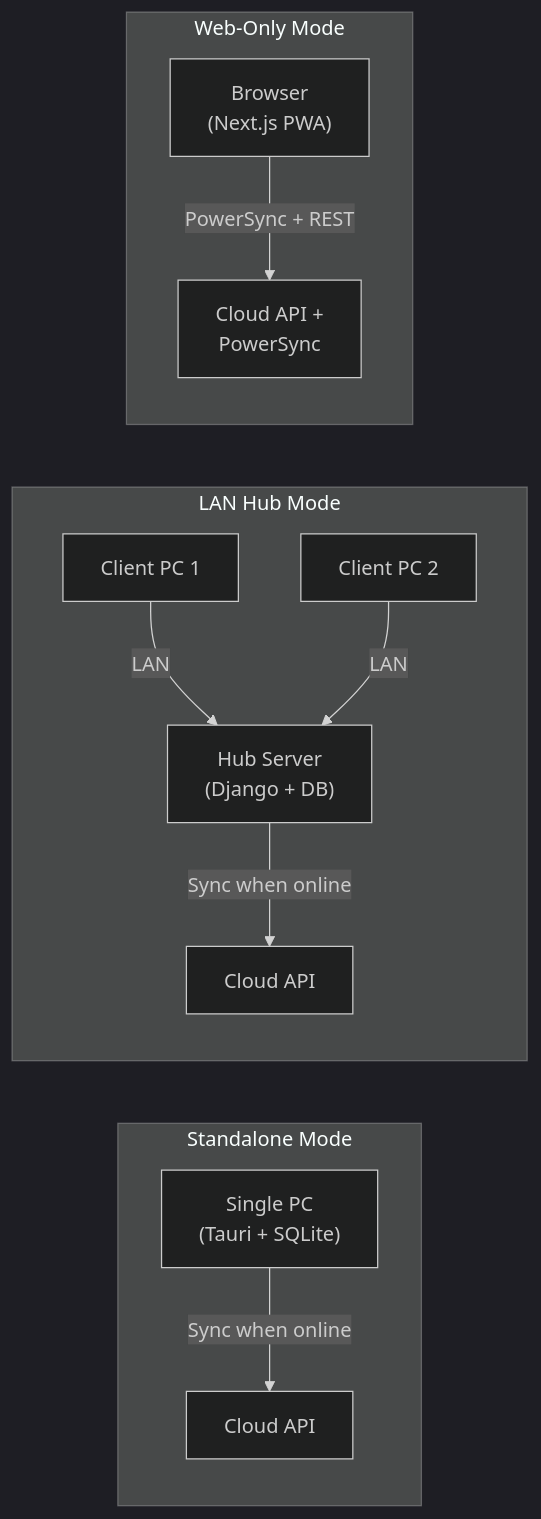
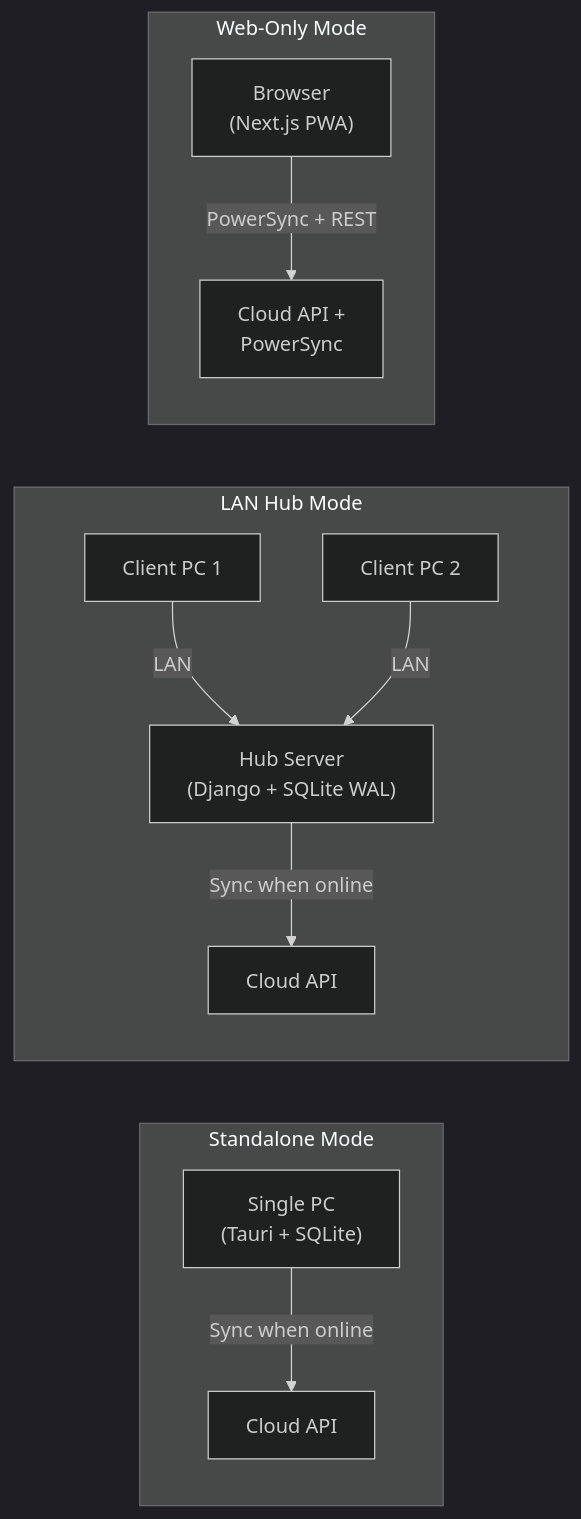
The second of 15 diagrams in docs/architecture-diagrams.md (nexora-africa-ltd/vitora), drawn with Mermaid (dark theme) before and after one commit. The commit also changed other lines of this file and 6 other files, not shown here.

````diff
--- a/docs/architecture-diagrams.md
+++ b/docs/architecture-diagrams.md
@@ -67,21 +68,21 @@
 ```mermaid
 graph LR
     subgraph Mode1["Standalone Mode"]
         S1["Single PC<br/>(Tauri + SQLite)"]
         S1 -->|"Sync when online"| CLOUD1["Cloud API"]
     end
 
     subgraph Mode2["LAN Hub Mode"]
-        H["Hub Server<br/>(Django + DB)"]
+        H["Hub Server<br/>(Django + SQLite WAL)"]
         C1["Client PC 1"]
         C2["Client PC 2"]
         C1 -->|LAN| H
         C2 -->|LAN| H
         H -->|"Sync when online"| CLOUD2["Cloud API"]
     end
 
     subgraph Mode3["Web-Only Mode"]
         B["Browser<br/>(Next.js PWA)"]
         B -->|"PowerSync + REST"| CLOUD3["Cloud API +<br/>PowerSync"]
     end
 ```
````
